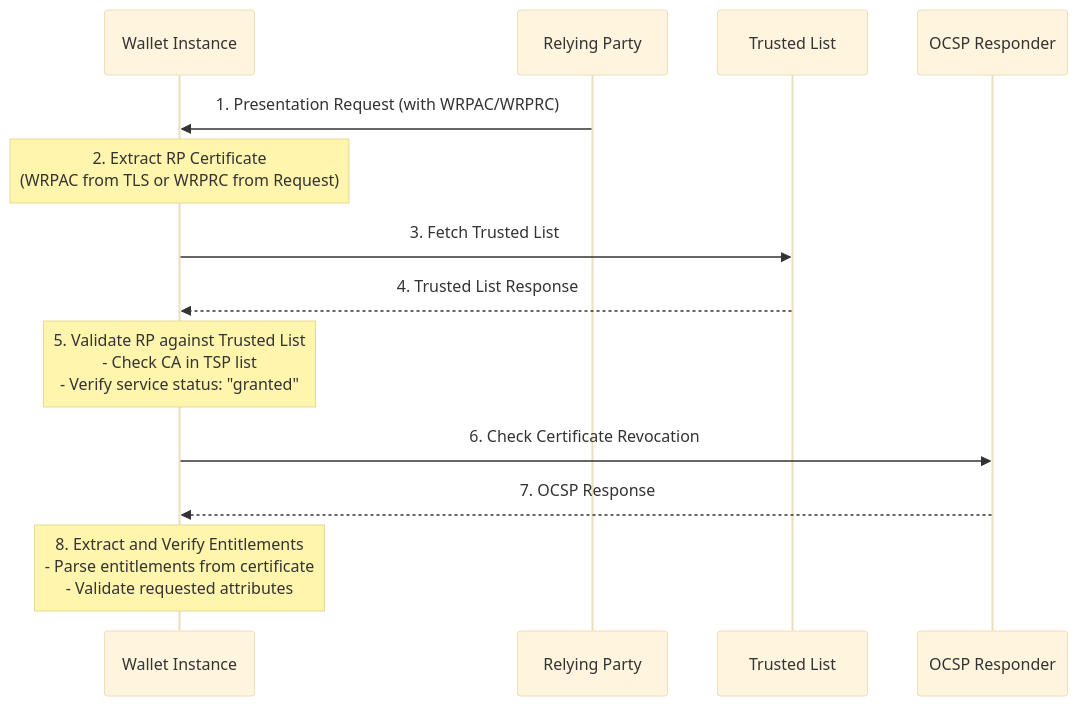
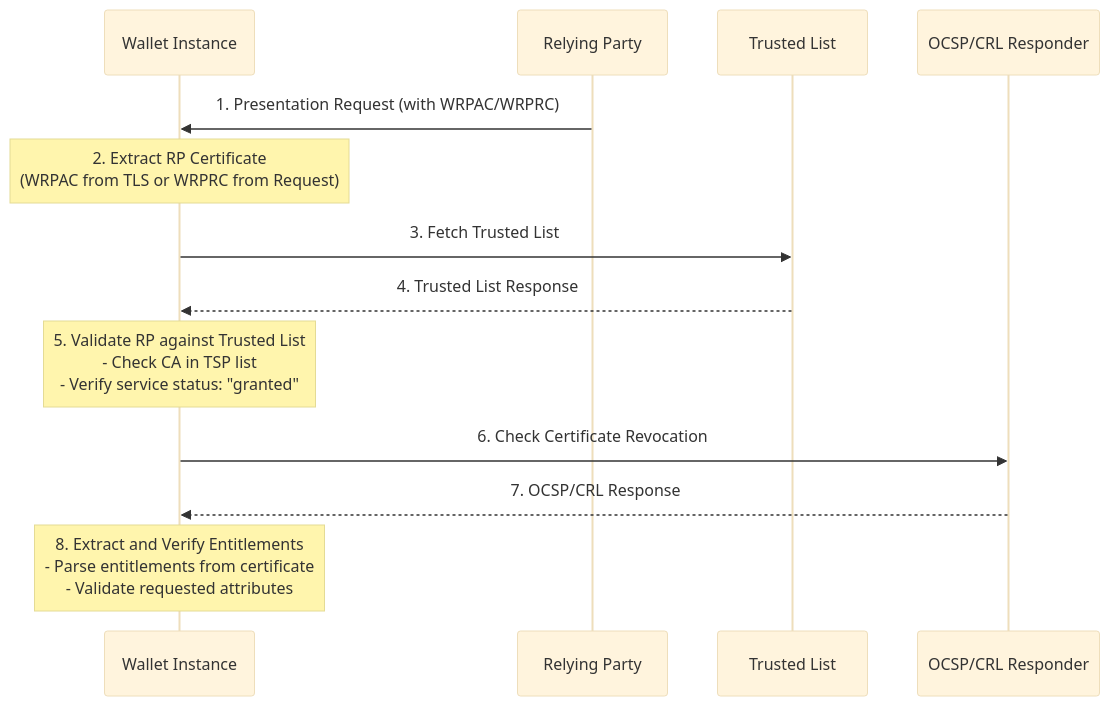
Before and after one commit to webuild-consortium/wp4-trust-group: the second of 7 diagrams in task2-trust-framework/wallet-policy-discovery.md, drawn with Mermaid (base theme). The commit also changed other lines of this file, not shown here.

````diff
--- a/task2-trust-framework/wallet-policy-discovery.md
+++ b/task2-trust-framework/wallet-policy-discovery.md
@@ -98,16 +98,16 @@
 ```mermaid
 sequenceDiagram
     participant W as Wallet Instance
     participant RP as Relying Party
     participant TL as Trusted List
-    participant OCSP as OCSP Responder
+    participant OCSP as OCSP/CRL Responder
 
     RP->>W: 1. Presentation Request (with WRPAC/WRPRC)
     Note over W: 2. Extract RP Certificate<br/>(WRPAC from TLS or WRPRC from Request)
     W->>TL: 3. Fetch Trusted List
     TL-->>W: 4. Trusted List Response
     Note over W: 5. Validate RP against Trusted List<br/>- Check CA in TSP list<br/>- Verify service status: "granted"
     W->>OCSP: 6. Check Certificate Revocation
-    OCSP-->>W: 7. OCSP Response
+    OCSP-->>W: 7. OCSP/CRL Response
     Note over W: 8. Extract and Verify Entitlements<br/>- Parse entitlements from certificate<br/>- Validate requested attributes
 ```
````
